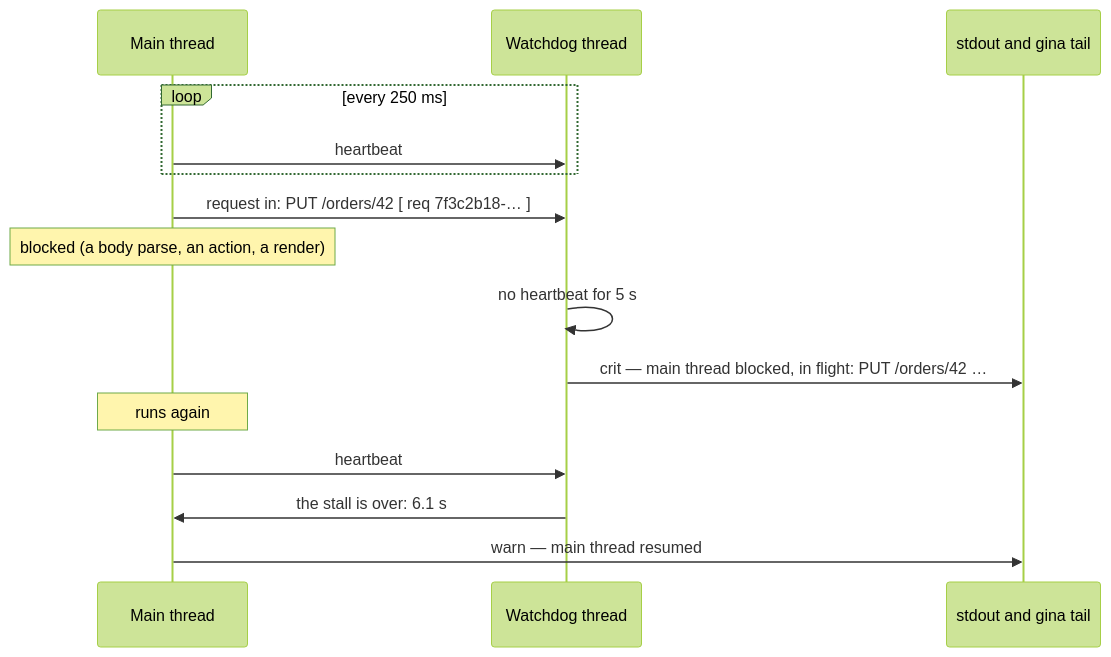
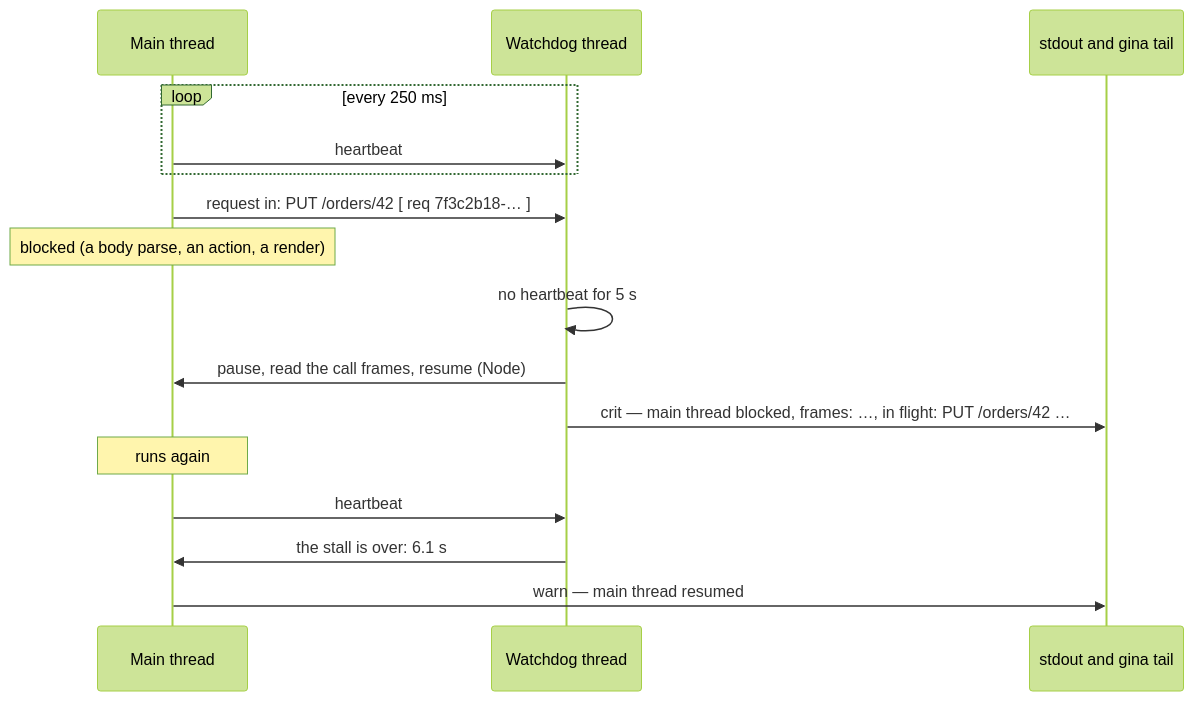
The fifth of 6 diagrams in docs/guides/logging.md (gina-io/docs), drawn with Mermaid (forest theme) before and after one commit. The commit also changed other lines of this file and 4 other files, not shown here.

````diff
--- a/docs/guides/logging.md
+++ b/docs/guides/logging.md
@@ -557,17 +558,18 @@
 ```mermaid
 sequenceDiagram
     participant M as Main thread
     participant W as Watchdog thread
     participant O as stdout and gina tail
     loop every 250 ms
         M->>W: heartbeat
     end
     M->>W: request in: PUT /orders/42 [ req 7f3c2b18-… ]
     Note over M: blocked (a body parse, an action, a render)
     W->>W: no heartbeat for 5 s
-    W->>O: crit — main thread blocked, in flight: PUT /orders/42 …
+    W->>M: pause, read the call frames, resume (Node)
+    W->>O: crit — main thread blocked, frames: …, in flight: PUT /orders/42 …
     Note over M: runs again
     M->>W: heartbeat
     W->>M: the stall is over: 6.1 s
     M->>O: warn — main thread resumed
 ```
````
